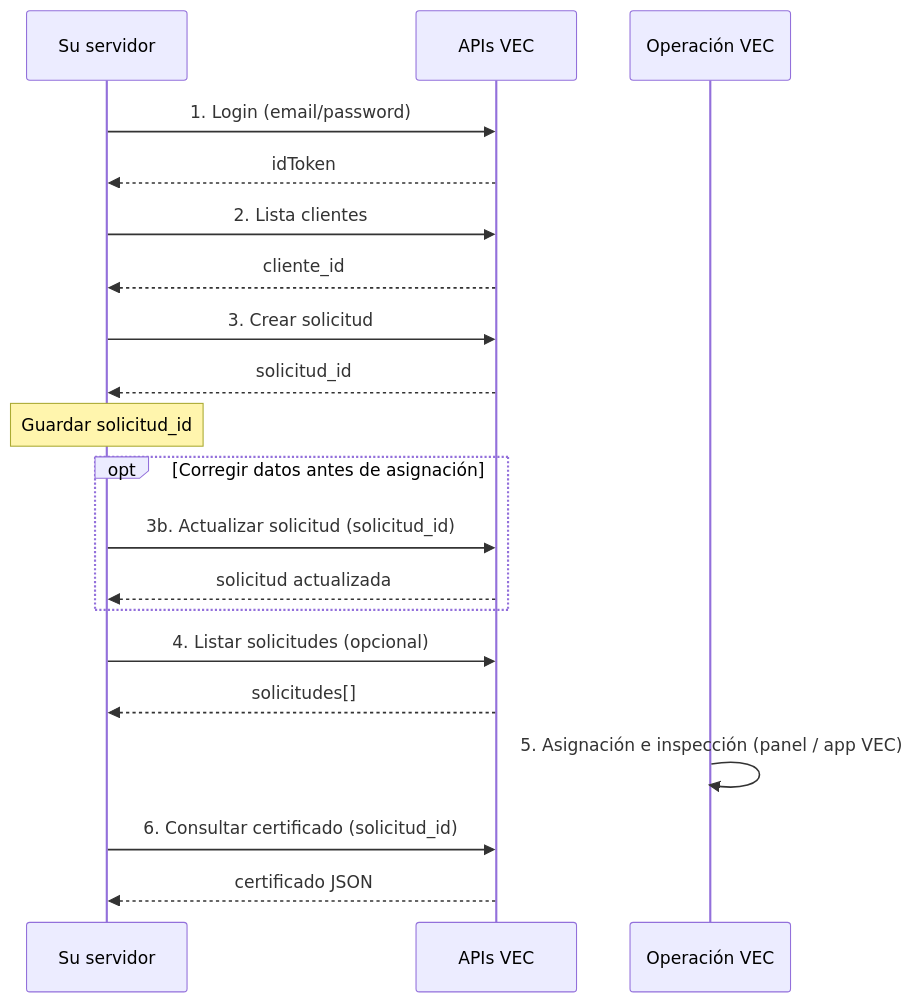
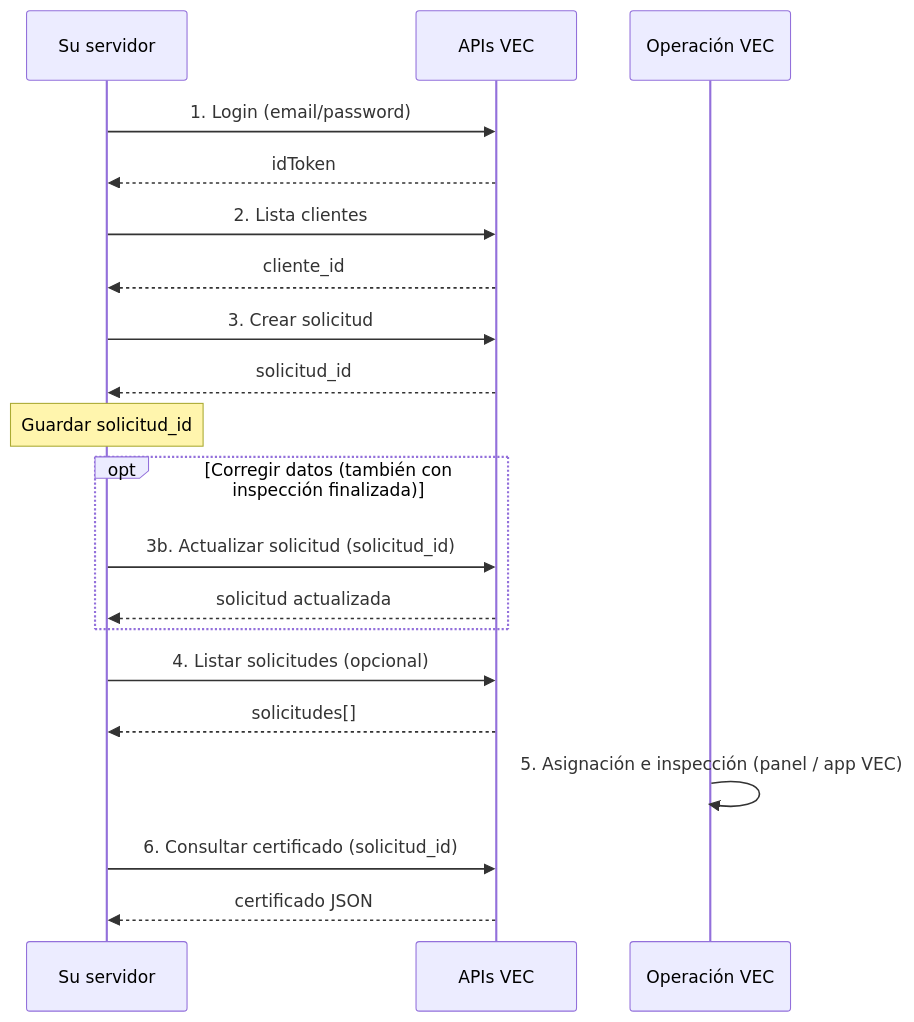
The diagram in prevalidador/README.md (cuauhtemocvs/documentacion-vec), drawn with Mermaid before and after one commit. The commit also changed other lines of this file and 2 other files, not shown here.

Commit message:
Aceptar prevalidadorActualizaSolicitudInspeccion sin importar el status de la inspección

````diff
--- a/prevalidador/README.md
+++ b/prevalidador/README.md
@@ -24,23 +24,23 @@
 ```mermaid
 sequenceDiagram
   participant Usted as Su servidor
   participant VEC as APIs VEC
   participant Ops as Operación VEC
 
   Usted->>VEC: 1. Login (email/password)
   VEC-->>Usted: idToken
   Usted->>VEC: 2. Lista clientes
   VEC-->>Usted: cliente_id
   Usted->>VEC: 3. Crear solicitud
   VEC-->>Usted: solicitud_id
   Note over Usted: Guardar solicitud_id
-  opt Corregir datos antes de asignación
+  opt Corregir datos (también con inspección finalizada)
     Usted->>VEC: 3b. Actualizar solicitud (solicitud_id)
     VEC-->>Usted: solicitud actualizada
   end
   Usted->>VEC: 4. Listar solicitudes (opcional)
   VEC-->>Usted: solicitudes[]
   Ops->>Ops: 5. Asignación e inspección (panel / app VEC)
   Usted->>VEC: 6. Consultar certificado (solicitud_id)
   VEC-->>Usted: certificado JSON
 ```
````
